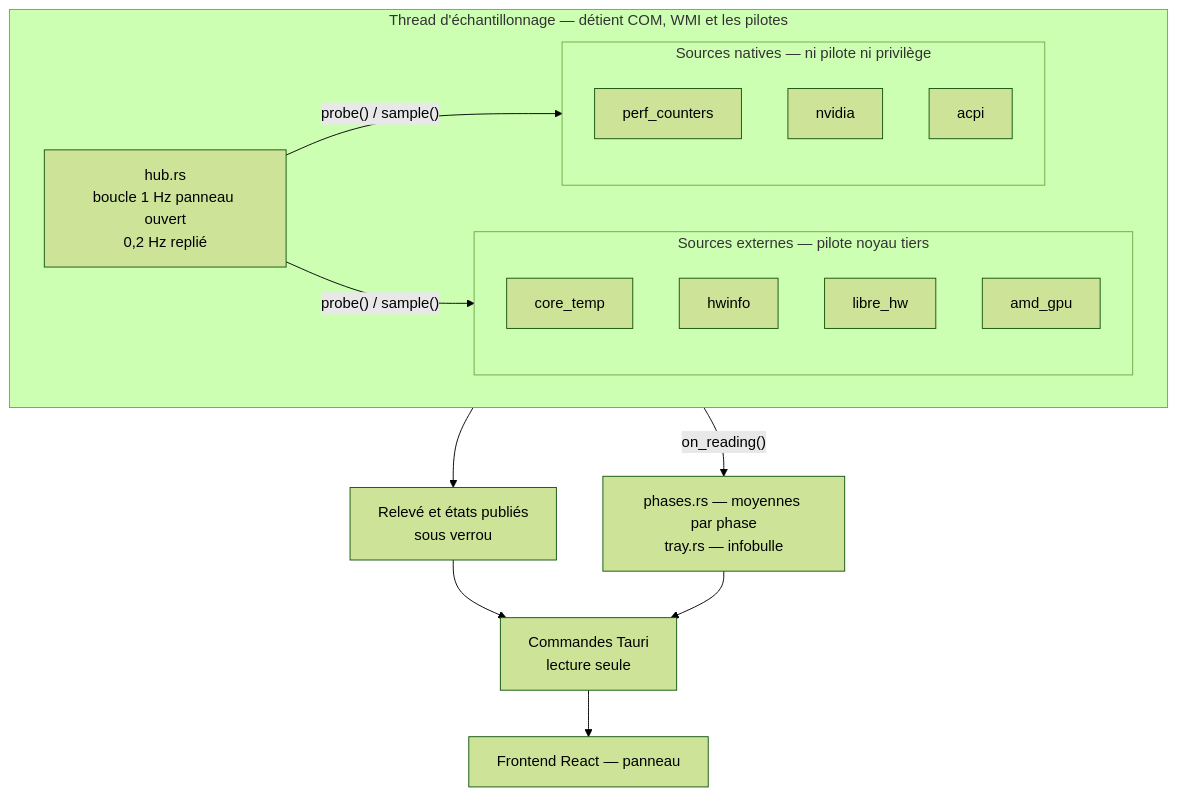
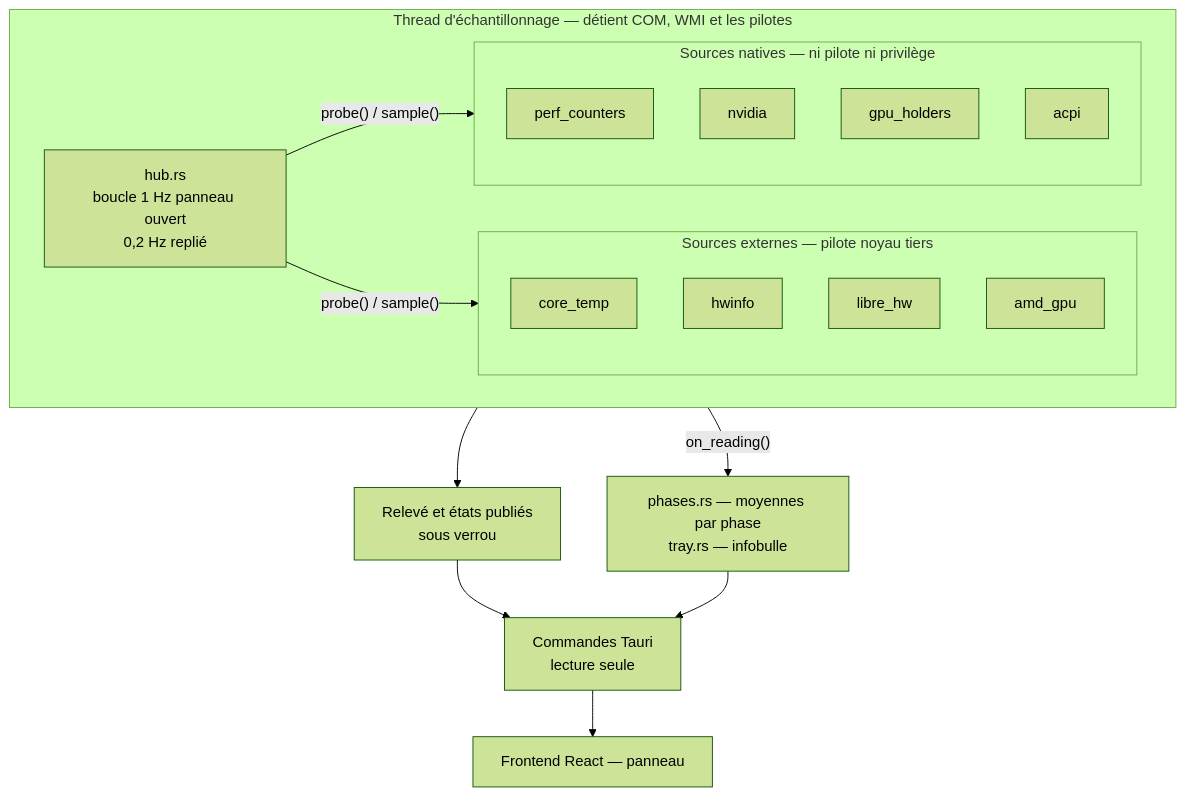
The first of 3 diagrams in docs/architecture.md (Sebajuste/thermal-lab), drawn with Mermaid (forest theme) before and after one commit. The commit also changed other lines of this file and 10 other files, not shown here.

````diff
--- a/docs/architecture.md
+++ b/docs/architecture.md
@@ -9,25 +9,26 @@
 ```mermaid
 flowchart TB
     subgraph th["Thread d'échantillonnage — détient COM, WMI et les pilotes"]
         hub["hub.rs<br/>boucle 1 Hz panneau ouvert<br/>0,2 Hz replié"]
         subgraph ext["Sources externes — pilote noyau tiers"]
             ct["core_temp"]
             hw["hwinfo"]
             lhm["libre_hw"]
             amd["amd_gpu"]
         end
         subgraph nat["Sources natives — ni pilote ni privilège"]
             pc["perf_counters"]
             nv["nvidia"]
+            gh["gpu_holders"]
             ac["acpi"]
         end
         hub -->|"probe() / sample()"| ext
         hub -->|"probe() / sample()"| nat
     end
 
     th --> pub["Relevé et états publiés<br/>sous verrou"]
     th -->|"on_reading()"| acc["phases.rs — moyennes par phase<br/>tray.rs — infobulle"]
     pub --> cmd["Commandes Tauri<br/>lecture seule"]
     acc --> cmd
     cmd --> ui["Frontend React — panneau"]
 ```
````
